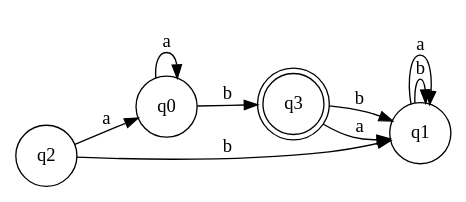
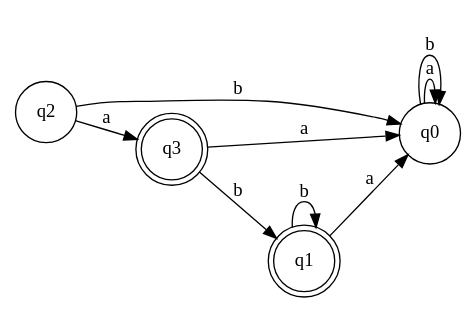
The diagram in DFA.dot (bkelly479/FormalLanguages), drawn with Graphviz before and after one commit. The commit also changed 5 other files, not shown here.

```diff
--- a/DFA.dot
+++ b/DFA.dot
@@ -1,19 +1,19 @@
 digraph DFA {
 	rankdir=LR size="8,5"
 	node [shape=circle]
 	q0
-	node [shape=circle]
+	node [shape=doublecircle]
 	q1
 	node [shape=circle]
 	q2
 	node [shape=doublecircle]
 	q3
-	q2 -> q1 [label=b]
-	q2 -> q0 [label=a]
+	q2 -> q3 [label=a]
+	q2 -> q0 [label=b]
+	q3 -> q0 [label=a]
+	q3 -> q1 [label=b]
+	q0 -> q0 [label=a]
+	q0 -> q0 [label=b]
+	q1 -> q0 [label=a]
 	q1 -> q1 [label=b]
-	q1 -> q1 [label=a]
-	q0 -> q3 [label=b]
-	q0 -> q0 [label=a]
-	q3 -> q1 [label=b]
-	q3 -> q1 [label=a]
 }
```
